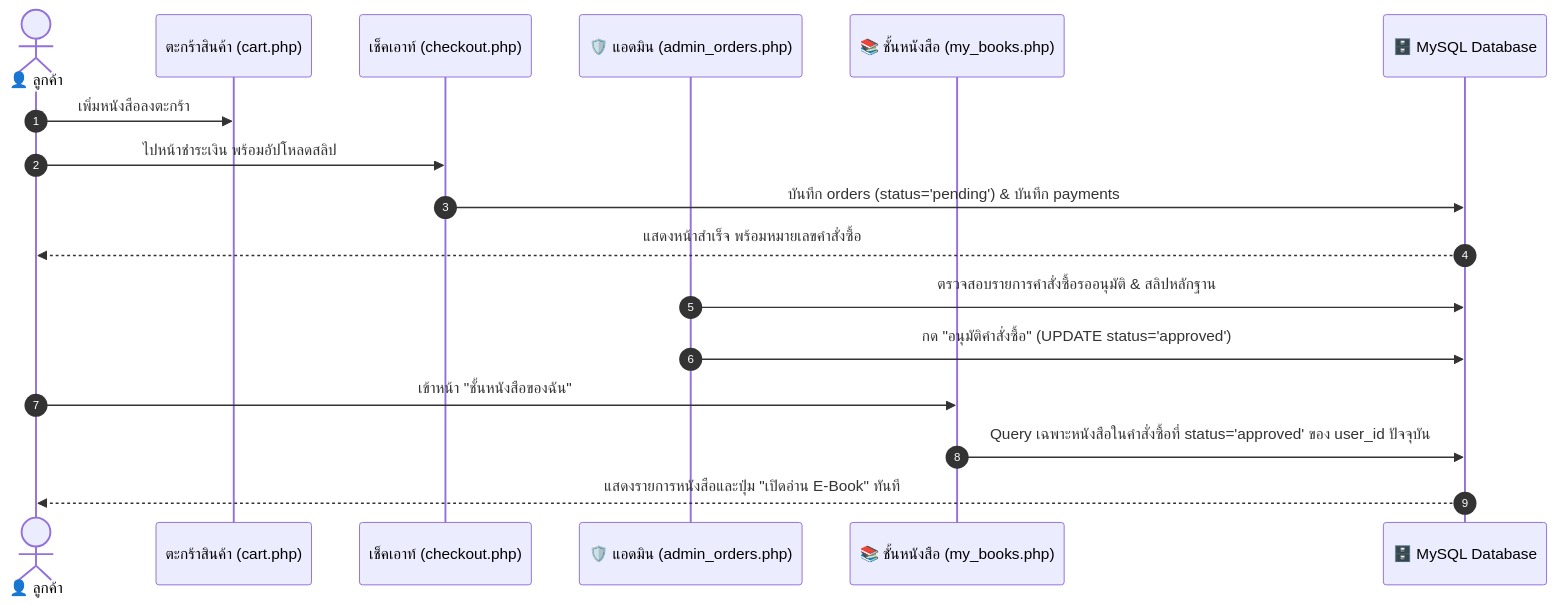
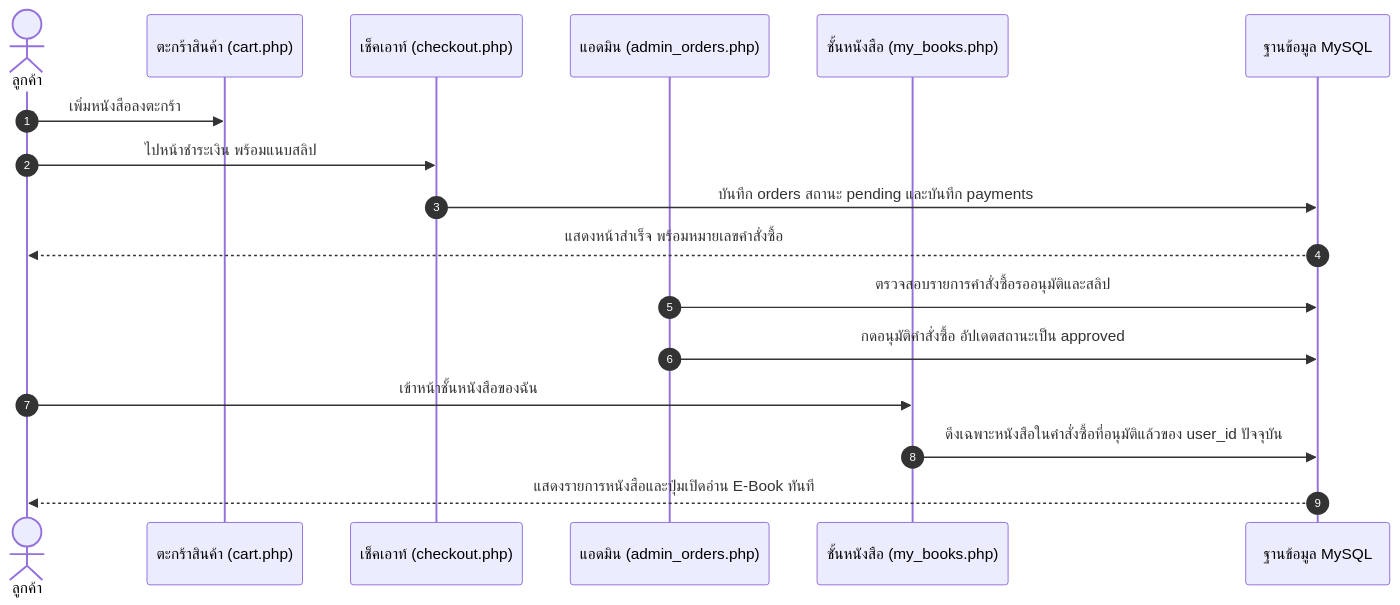
One commit to pratchayakornna-ops/ebook-store changed the third of 4 diagrams in PROJECT_SUMMARY.md. Above: the diagram before and after it, drawn with Mermaid. The commit also changed other lines of this file, not shown here.

Commit message:
Fix Mermaid syntax error in PROJECT_SUMMARY.md for clean Rich Display rendering

````diff
--- a/PROJECT_SUMMARY.md
+++ b/PROJECT_SUMMARY.md
@@ -170,20 +170,20 @@
 ```mermaid
 sequenceDiagram
     autonumber
-    actor Customer as 👤 ลูกค้า
+    actor Customer as ลูกค้า
     participant Cart as ตะกร้าสินค้า (cart.php)
     participant Checkout as เช็คเอาท์ (checkout.php)
-    participant Admin as 🛡️ แอดมิน (admin_orders.php)
-    participant Shelf as 📚 ชั้นหนังสือ (my_books.php)
-    participant DB as 🗄️ MySQL Database
+    participant Admin as แอดมิน (admin_orders.php)
+    participant Shelf as ชั้นหนังสือ (my_books.php)
+    participant DB as ฐานข้อมูล MySQL
 
     Customer->>Cart: เพิ่มหนังสือลงตะกร้า
-    Customer->>Checkout: ไปหน้าชำระเงิน พร้อมอัปโหลดสลิป
-    Checkout->>DB: บันทึก orders (status='pending') & บันทึก payments
+    Customer->>Checkout: ไปหน้าชำระเงิน พร้อมแนบสลิป
+    Checkout->>DB: บันทึก orders สถานะ pending และบันทึก payments
     DB-->>Customer: แสดงหน้าสำเร็จ พร้อมหมายเลขคำสั่งซื้อ
-    Admin->>DB: ตรวจสอบรายการคำสั่งซื้อรออนุมัติ & สลิปหลักฐาน
-    Admin->>DB: กด "อนุมัติคำสั่งซื้อ" (UPDATE status='approved')
-    Customer->>Shelf: เข้าหน้า "ชั้นหนังสือของฉัน"
-    Shelf->>DB: Query เฉพาะหนังสือในคำสั่งซื้อที่ status='approved' ของ user_id ปัจจุบัน
-    DB-->>Customer: แสดงรายการหนังสือและปุ่ม "เปิดอ่าน E-Book" ทันที
+    Admin->>DB: ตรวจสอบรายการคำสั่งซื้อรออนุมัติและสลิป
+    Admin->>DB: กดอนุมัติคำสั่งซื้อ อัปเดตสถานะเป็น approved
+    Customer->>Shelf: เข้าหน้าชั้นหนังสือของฉัน
+    Shelf->>DB: ดึงเฉพาะหนังสือในคำสั่งซื้อที่อนุมัติแล้วของ user_id ปัจจุบัน
+    DB-->>Customer: แสดงรายการหนังสือและปุ่มเปิดอ่าน E-Book ทันที
 ```
````
